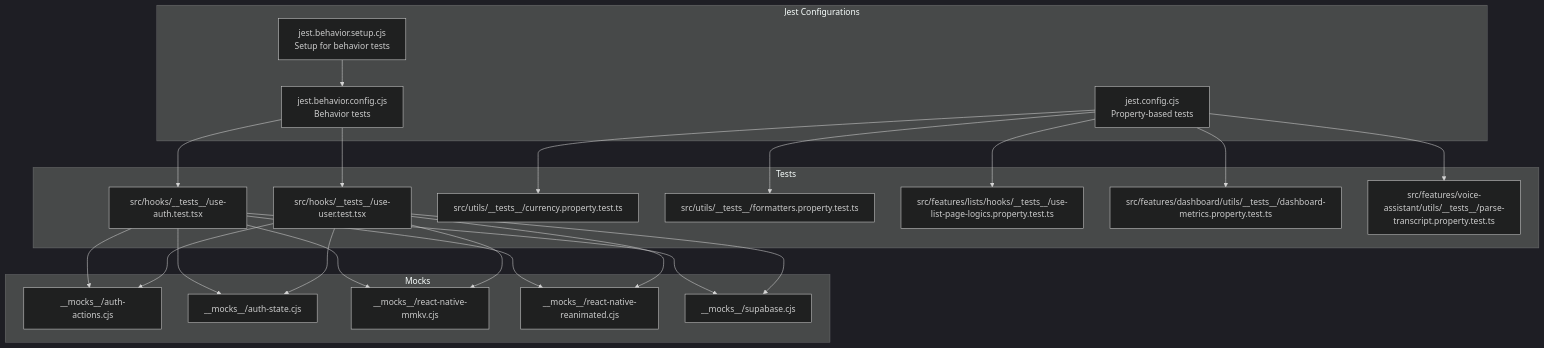
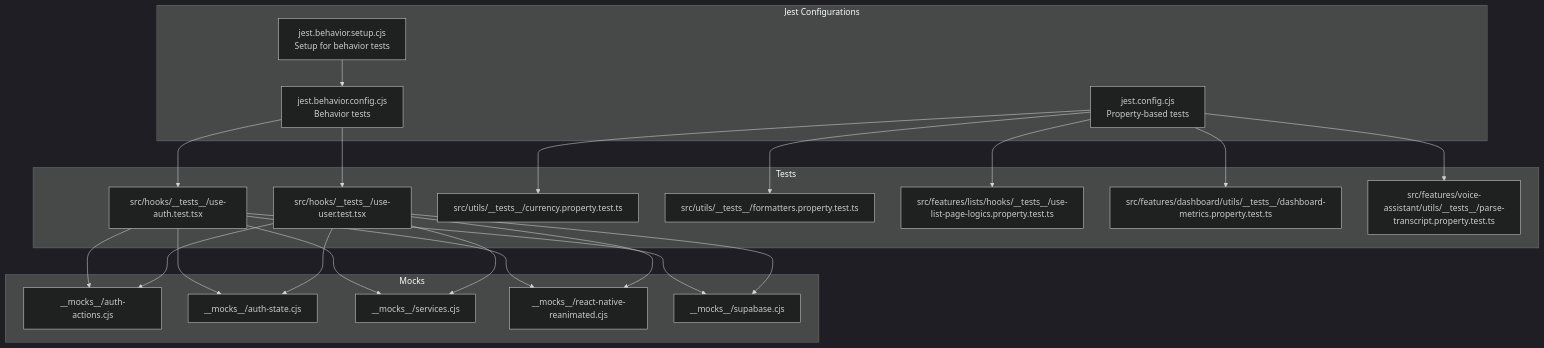
One commit to karllasouzza/PowerLists changed the first of 8 diagrams in .qoder/repowiki/en/content/Testing Strategy.md. Above: the diagram before and after it, drawn with Mermaid (dark theme). The commit also changed other lines of this file and 5 other files, not shown here.

````diff
--- a/.qoder/repowiki/en/content/Testing Strategy.md
+++ b/.qoder/repowiki/en/content/Testing Strategy.md
@@ -44,42 +54,42 @@
 ```mermaid
 graph TB
 subgraph "Jest Configurations"
 J1["jest.config.cjs<br/>Property-based tests"]
 J2["jest.behavior.config.cjs<br/>Behavior tests"]
 J3["jest.behavior.setup.cjs<br/>Setup for behavior tests"]
 end
 subgraph "Tests"
 T1["src/hooks/__tests__/use-auth.test.tsx"]
 T2["src/hooks/__tests__/use-user.test.tsx"]
 P1["src/utils/__tests__/currency.property.test.ts"]
 P2["src/utils/__tests__/formatters.property.test.ts"]
 P3["src/features/lists/hooks/__tests__/use-list-page-logics.property.test.ts"]
 P4["src/features/dashboard/utils/__tests__/dashboard-metrics.property.test.ts"]
 P5["src/features/voice-assistant/utils/__tests__/parse-transcript.property.test.ts"]
 end
 subgraph "Mocks"
 M1["__mocks__/auth-actions.cjs"]
 M2["__mocks__/auth-state.cjs"]
-M3["__mocks__/react-native-mmkv.cjs"]
+M3["__mocks__/services.cjs"]
 M4["__mocks__/react-native-reanimated.cjs"]
 M5["__mocks__/supabase.cjs"]
 end
 J1 --> P1
 J1 --> P2
 J1 --> P3
 J1 --> P4
 J1 --> P5
 J2 --> T1
 J2 --> T2
 J3 --> J2
 T1 --> M1
 T1 --> M2
 T1 --> M3
 T1 --> M4
 T1 --> M5
 T2 --> M1
 T2 --> M2
 T2 --> M3
 T2 --> M4
 T2 --> M5
 ```
````
